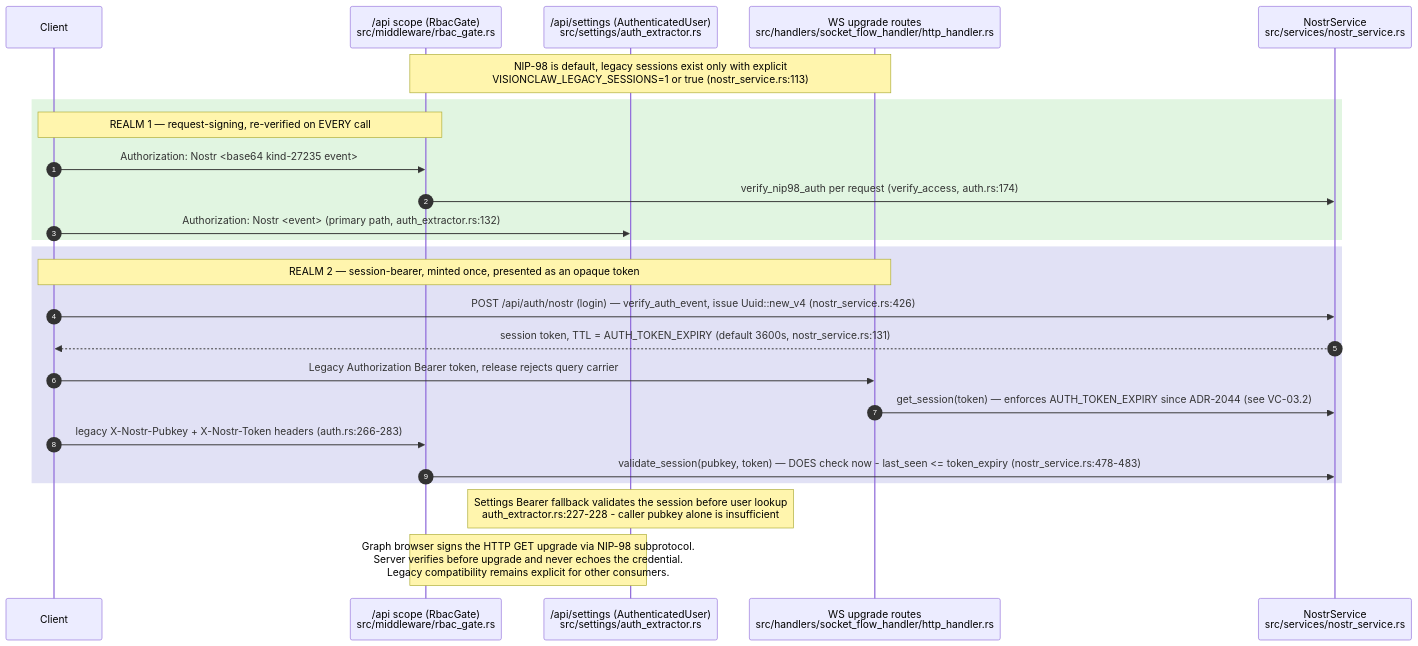
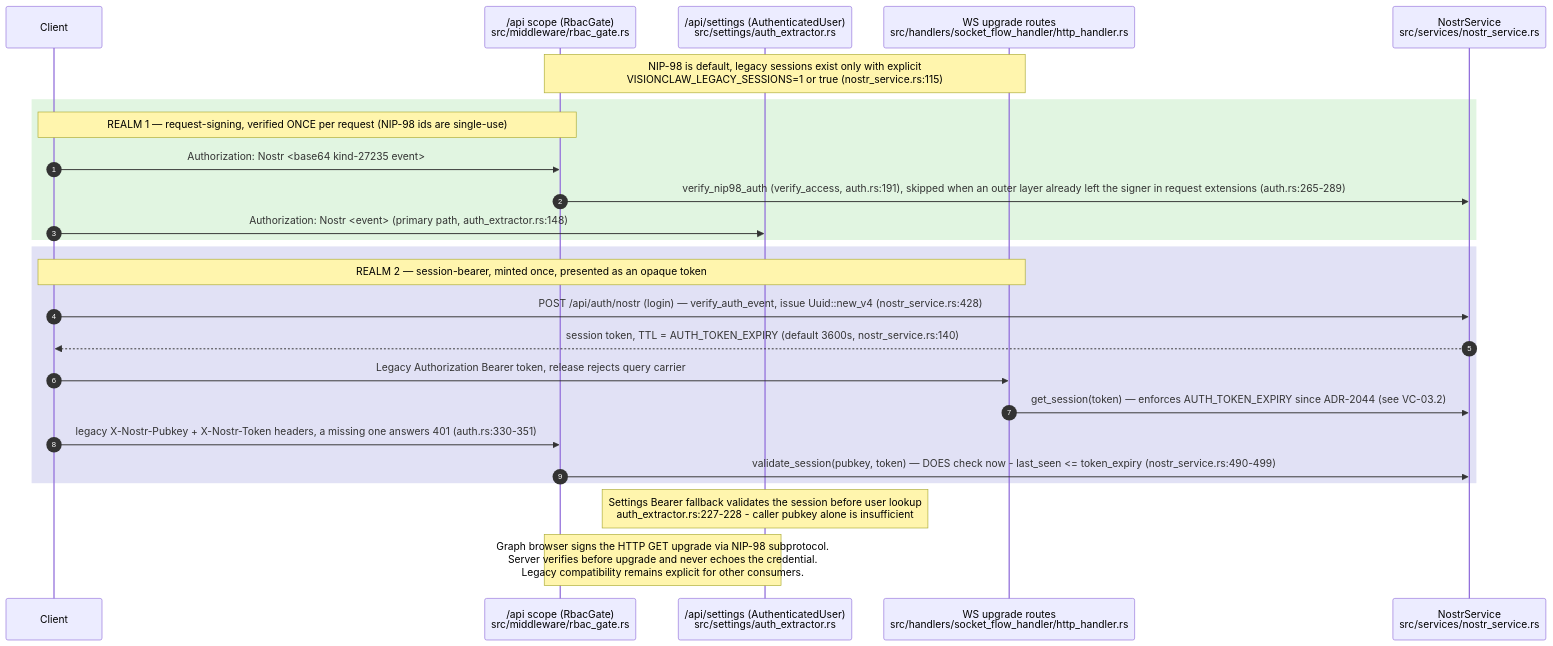
Before and after one commit to DreamLab-AI/VisionFlow: the fifth of 14 diagrams in docs/diagrams/visionclaw/03-request-lifecycle-and-rbac.md, drawn with Mermaid. The commit also changed other lines of this file and 20 other files, not shown here.

Commit message:
docs(diagrams): reflect the S-3, S-7c/d/f and S-4(3) fixes in the corpus

````diff
--- a/docs/diagrams/visionclaw/03-request-lifecycle-and-rbac.md
+++ b/docs/diagrams/visionclaw/03-request-lifecycle-and-rbac.md
@@ -262,28 +296,28 @@
 ```mermaid
 sequenceDiagram
     autonumber
     participant C as Client
     participant API as /api scope (RbacGate)<br/>src/middleware/rbac_gate.rs
     participant SET as /api/settings (AuthenticatedUser)<br/>src/settings/auth_extractor.rs
     participant WSy as WS upgrade routes<br/>src/handlers/socket_flow_handler/http_handler.rs
     participant NS as NostrService<br/>src/services/nostr_service.rs
 
-    Note over API,WSy: NIP-98 is default, legacy sessions exist only with explicit<br/>VISIONCLAW_LEGACY_SESSIONS=1 or true (nostr_service.rs:113)
+    Note over API,WSy: NIP-98 is default, legacy sessions exist only with explicit<br/>VISIONCLAW_LEGACY_SESSIONS=1 or true (nostr_service.rs:115)
     rect rgb(225,245,225)
-    Note over C,API: REALM 1 — request-signing, re-verified on EVERY call
+    Note over C,API: REALM 1 — request-signing, verified ONCE per request (NIP-98 ids are single-use)
     C->>API: Authorization: Nostr <base64 kind-27235 event>
-    API->>NS: verify_nip98_auth per request (verify_access, auth.rs:174)
-    C->>SET: Authorization: Nostr <event> (primary path, auth_extractor.rs:132)
+    API->>NS: verify_nip98_auth (verify_access, auth.rs:191), skipped when an outer layer already left the signer in request extensions (auth.rs:265-289)
+    C->>SET: Authorization: Nostr <event> (primary path, auth_extractor.rs:148)
     end
     rect rgb(225,225,245)
     Note over C,WSy: REALM 2 — session-bearer, minted once, presented as an opaque token
-    C->>NS: POST /api/auth/nostr (login) — verify_auth_event, issue Uuid::new_v4 (nostr_service.rs:426)
-    NS-->>C: session token, TTL = AUTH_TOKEN_EXPIRY (default 3600s, nostr_service.rs:131)
+    C->>NS: POST /api/auth/nostr (login) — verify_auth_event, issue Uuid::new_v4 (nostr_service.rs:428)
+    NS-->>C: session token, TTL = AUTH_TOKEN_EXPIRY (default 3600s, nostr_service.rs:140)
     C->>WSy: Legacy Authorization Bearer token, release rejects query carrier
     WSy->>NS: get_session(token) — enforces AUTH_TOKEN_EXPIRY since ADR-2044 (see VC-03.2)
-    C->>API: legacy X-Nostr-Pubkey + X-Nostr-Token headers (auth.rs:266-283)
-    API->>NS: validate_session(pubkey, token) — DOES check now - last_seen <= token_expiry (nostr_service.rs:478-483)
+    C->>API: legacy X-Nostr-Pubkey + X-Nostr-Token headers, a missing one answers 401 (auth.rs:330-351)
+    API->>NS: validate_session(pubkey, token) — DOES check now - last_seen <= token_expiry (nostr_service.rs:490-499)
     end
     Note over SET: Settings Bearer fallback validates the session before user lookup<br/>auth_extractor.rs:227-228 - caller pubkey alone is insufficient
     Note over API,SET: Graph browser signs the HTTP GET upgrade via NIP-98 subprotocol.<br/>Server verifies before upgrade and never echoes the credential.<br/>Legacy compatibility remains explicit for other consumers.
 ```
````
